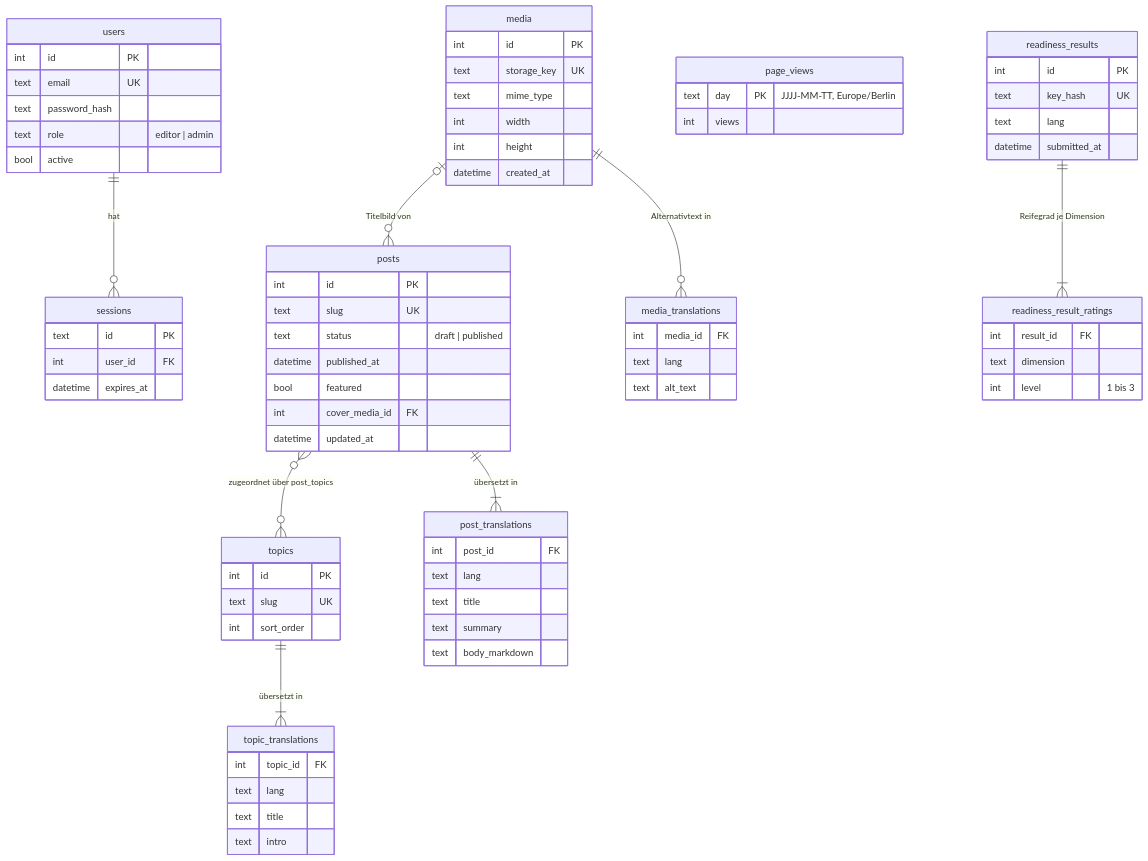
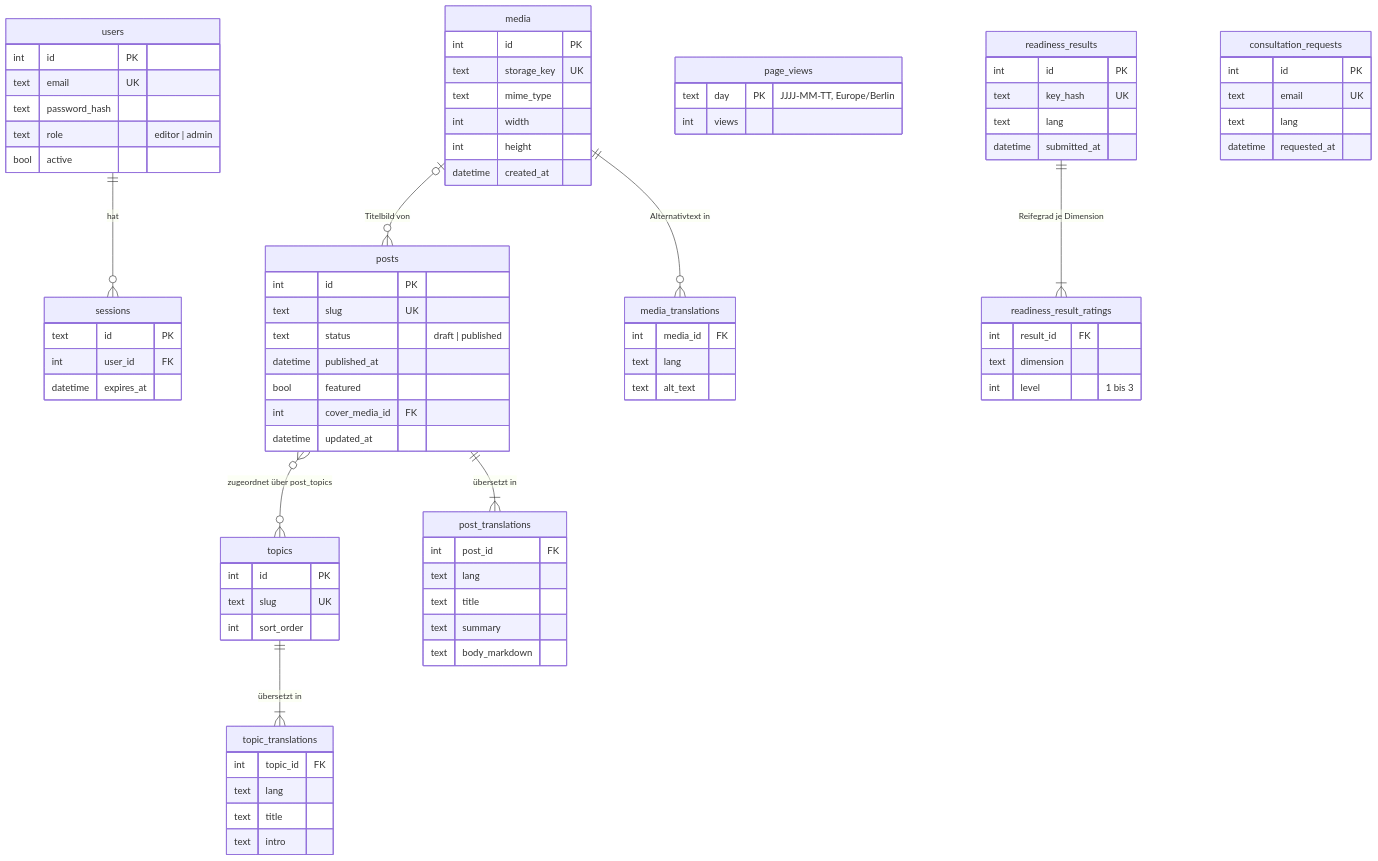
One commit to MarvinJakob/KIPerspektiven changed the second of 2 diagrams in ARCHITECTURE.md. Above: the diagram before and after it, drawn with Mermaid. The commit also changed other lines of this file and 39 other files, not shown here.

````diff
--- a/ARCHITECTURE.md
+++ b/ARCHITECTURE.md
@@ -320,56 +329,60 @@
 ```mermaid
 erDiagram
     users ||--o{ sessions : hat
     topics ||--|{ topic_translations : "übersetzt in"
     posts ||--|{ post_translations : "übersetzt in"
     posts }o--o{ topics : "zugeordnet über post_topics"
     media ||--o{ media_translations : "Alternativtext in"
     media |o--o{ posts : "Titelbild von"
 
     users { int id PK
             text email UK
             text password_hash
             text role "editor | admin"
             bool active }
     sessions { text id PK
                int user_id FK
                datetime expires_at }
     topics { int id PK
              text slug UK
              int sort_order }
     topic_translations { int topic_id FK
                          text lang
                          text title
                          text intro }
     posts { int id PK
             text slug UK
             text status "draft | published"
             datetime published_at
             bool featured
             int cover_media_id FK
             datetime updated_at }
     post_translations { int post_id FK
                         text lang
                         text title
                         text summary
                         text body_markdown }
     media { int id PK
             text storage_key UK
             text mime_type
             int width
             int height
             datetime created_at }
     media_translations { int media_id FK
                          text lang
                          text alt_text }
     page_views { text day PK "JJJJ-MM-TT, Europe/Berlin"
                  int views }
     readiness_results ||--|{ readiness_result_ratings : "Reifegrad je Dimension"
     readiness_results { int id PK
                         text key_hash UK
                         text lang
                         datetime submitted_at }
     readiness_result_ratings { int result_id FK
                                text dimension
                                int level "1 bis 3" }
+    consultation_requests { int id PK
+                            text email UK
+                            text lang
+                            datetime requested_at }
 ```
````
